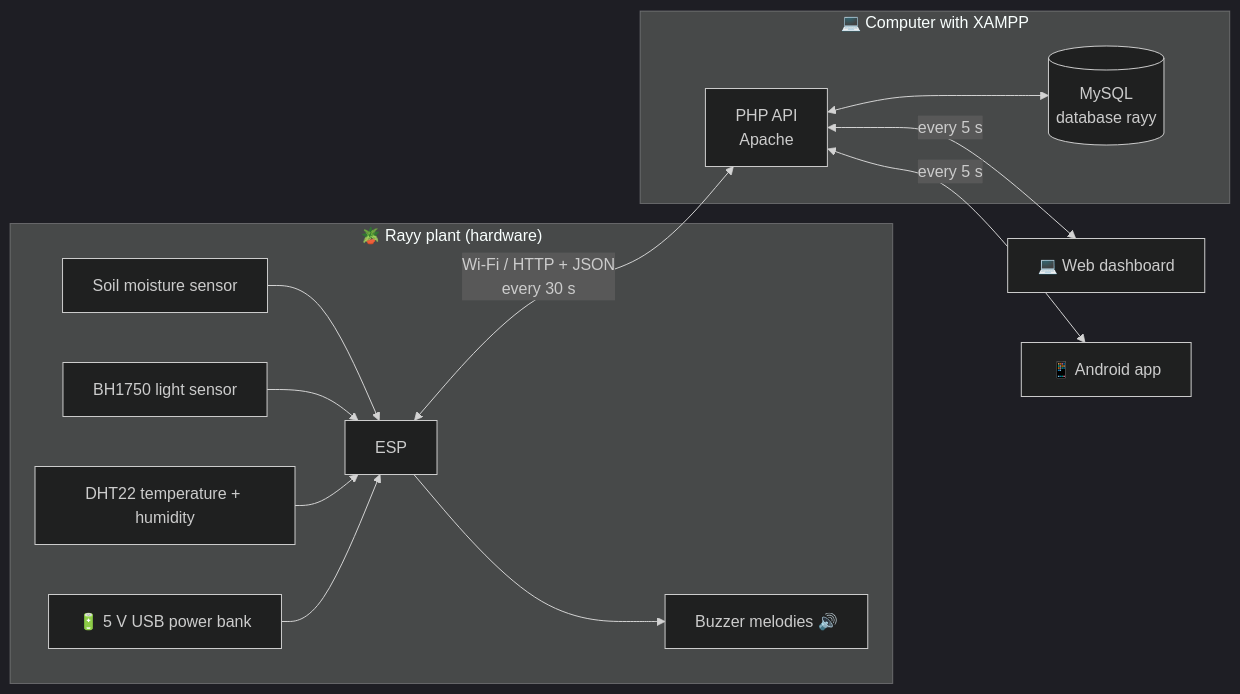
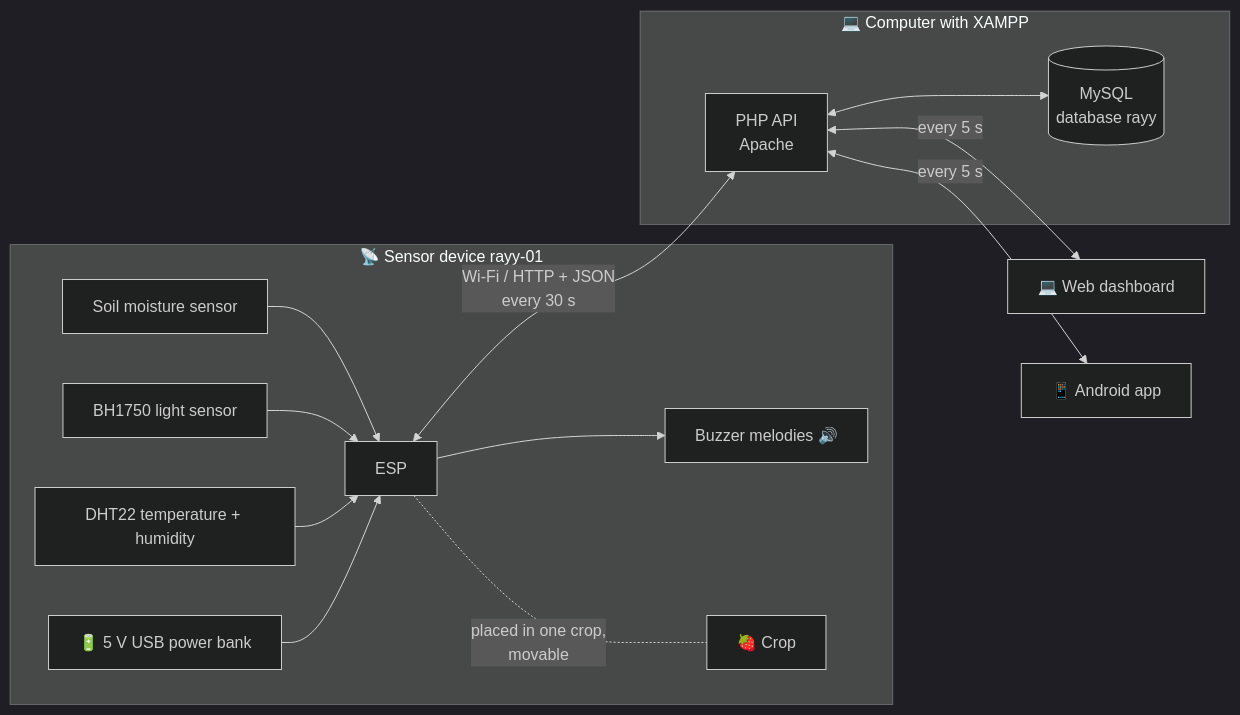
The diagram in rayy-mysql/README.md (HassanDiab95/CLAUDE), drawn with Mermaid (dark theme) before and after one commit. The commit also changed other lines of this file and 75 other files, not shown here.

First line of the commit message:
ري smart farming: many crops, movable device, sign-up and admin users (MySQL version)

````diff
--- a/rayy-mysql/README.md
+++ b/rayy-mysql/README.md
@@ -51,16 +56,17 @@
 ```mermaid
 flowchart LR
-  subgraph Plant["🪴 Rayy plant (hardware)"]
+  subgraph Plant["📡 Sensor device rayy-01"]
     S1[Soil moisture sensor] --> ESP
     S2[BH1750 light sensor] --> ESP
     S3[DHT22 temperature + humidity] --> ESP
     ESP --> BZ[Buzzer melodies 🔊]
     PB[🔋 5 V USB power bank] --> ESP
+    ESP -. "placed in one crop,<br/>movable" .- CROP[🍓 Crop]
   end
   subgraph PC["💻 Computer with XAMPP"]
     API[PHP API<br/>Apache] <--> DB[(MySQL<br/>database rayy)]
   end
   ESP <-- "Wi-Fi / HTTP + JSON<br/>every 30 s" --> API
   API <-- "every 5 s" --> WEB[💻 Web dashboard]
   API <-- "every 5 s" --> APP[📱 Android app]
 ```
````
